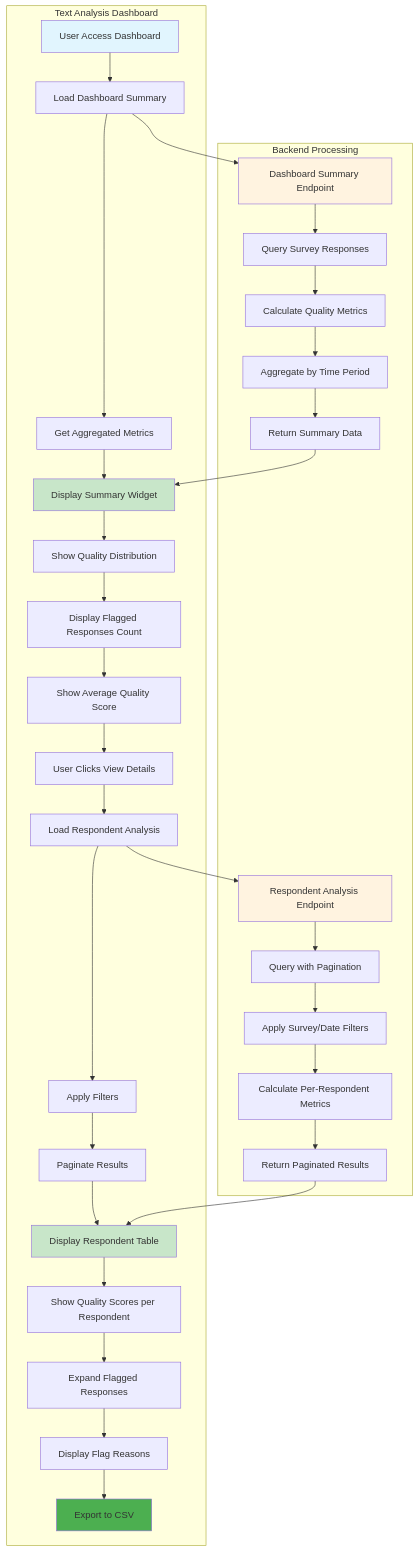
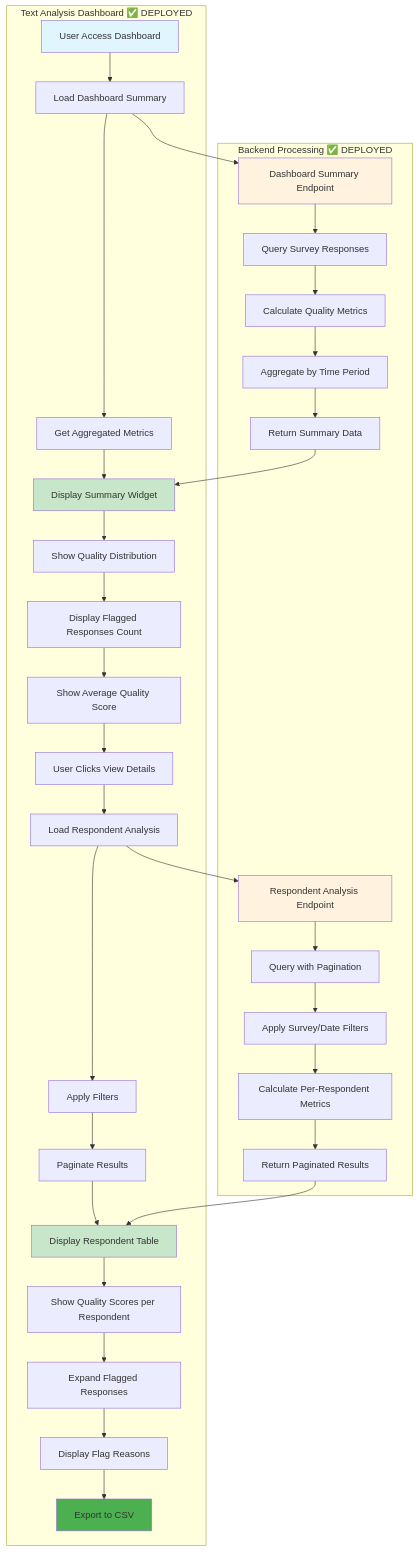
The tenth of 10 diagrams in bot_detection_flow.md (halderavik/bot_detection_live), drawn with Mermaid before and after one commit. The commit also changed other lines of this file and 1 other file, not shown here.

Commit message:
Update architecture docs with deployment status indicators (DEPLOYED/PLANNED/PARTIAL)

````diff
--- a/bot_detection_flow.md
+++ b/bot_detection_flow.md
@@ -543,44 +570,44 @@
 ```mermaid
 graph TB
-    subgraph "Text Analysis Dashboard"
+    subgraph "Text Analysis Dashboard ✅ DEPLOYED"
         A[User Access Dashboard] --> B[Load Dashboard Summary]
         B --> C[Get Aggregated Metrics]
         C --> D[Display Summary Widget]
         D --> E[Show Quality Distribution]
         E --> F[Display Flagged Responses Count]
         F --> G[Show Average Quality Score]
         G --> H[User Clicks View Details]
         H --> I[Load Respondent Analysis]
         I --> J[Apply Filters]
         J --> K[Paginate Results]
         K --> L[Display Respondent Table]
         L --> M[Show Quality Scores per Respondent]
         M --> N[Expand Flagged Responses]
         N --> O[Display Flag Reasons]
         O --> P[Export to CSV]
     end
     
-    subgraph "Backend Processing"
+    subgraph "Backend Processing ✅ DEPLOYED"
         Q[Dashboard Summary Endpoint] --> R[Query Survey Responses]
         R --> S[Calculate Quality Metrics]
         S --> T[Aggregate by Time Period]
         T --> U[Return Summary Data]
         
         V[Respondent Analysis Endpoint] --> W[Query with Pagination]
         W --> X[Apply Survey/Date Filters]
         X --> Y[Calculate Per-Respondent Metrics]
         Y --> Z[Return Paginated Results]
     end
     
     B --> Q
     I --> V
     U --> D
     Z --> L
     
     style A fill:#e1f5fe
     style D fill:#c8e6c9
     style L fill:#c8e6c9
     style P fill:#4caf50
     style Q fill:#fff3e0
     style V fill:#fff3e0
 ``` 
````
